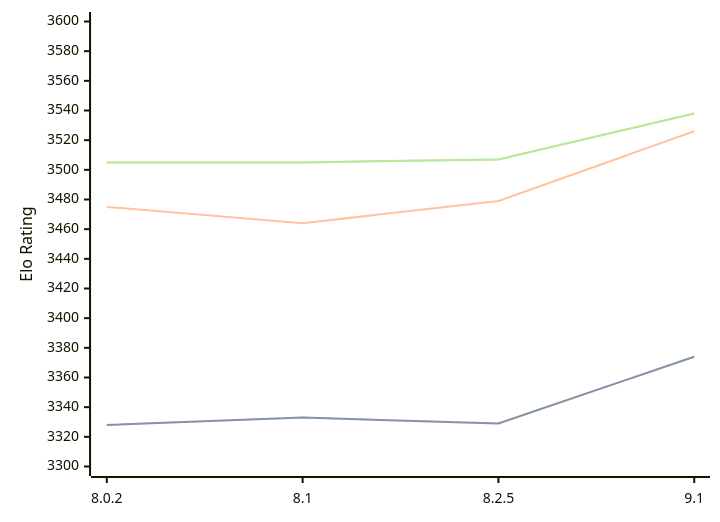
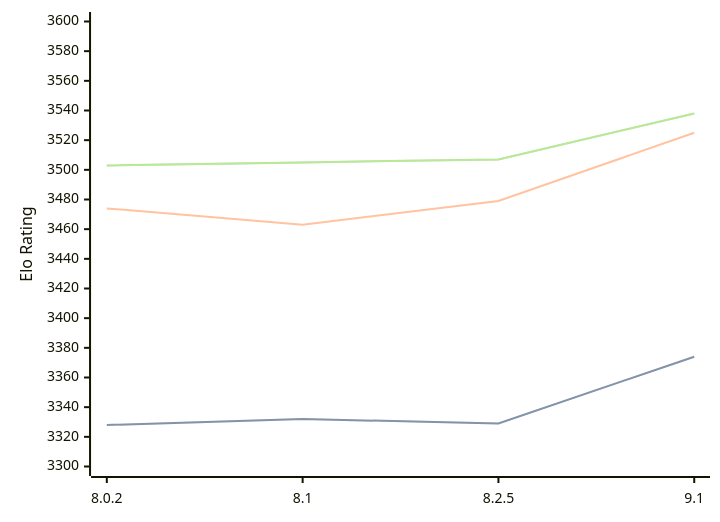
One commit to computer-chess-index/cci changed the diagram in engines/Clover.md. Above: the diagram before and after it, drawn with Mermaid. The commit also changed other lines of this file, not shown here.

Commit message:
Update CCI Ratings (ELO VLTC) - 2026-08-02

````diff
--- a/engines/Clover.md
+++ b/engines/Clover.md
@@ -64,11 +64,11 @@
 ```mermaid
 %%{init: {"theme":"base","themeVariables":{"seriesColors:['#a3a3a3','#222221','#faa371']}}}%%
 xychart-beta
   x-axis ["8.0.2", "8.1", "8.2.5", "9.1"]
   y-axis "Elo Rating" 3300 --> 3600
-  line "STC (8.0+0.08s)" [3328, 3333, 3329, 3374]
-  line "STC (8.0+0.08s)" [3328, 3333, 3329, 3374]
-  line "LTC (60.0+0.60s)" [3475, 3464, 3479, 3526]
-  line "VLTC (2m24s+1.12s)" [3505, 3505, 3507, 3538]
-  line "VLTC (2m24s+1.12s)" [3505, 3505, 3507, 3538]
+  line "STC (8.0+0.08s)" [3328, 3332, 3329, 3374]
+  line "STC (8.0+0.08s)" [3328, 3332, 3329, 3374]
+  line "LTC (60.0+0.60s)" [3474, 3463, 3479, 3525]
+  line "VLTC (2m24s+1.12s)" [3503, 3505, 3507, 3538]
+  line "VLTC (2m24s+1.12s)" [3503, 3505, 3507, 3538]
 ```
````
